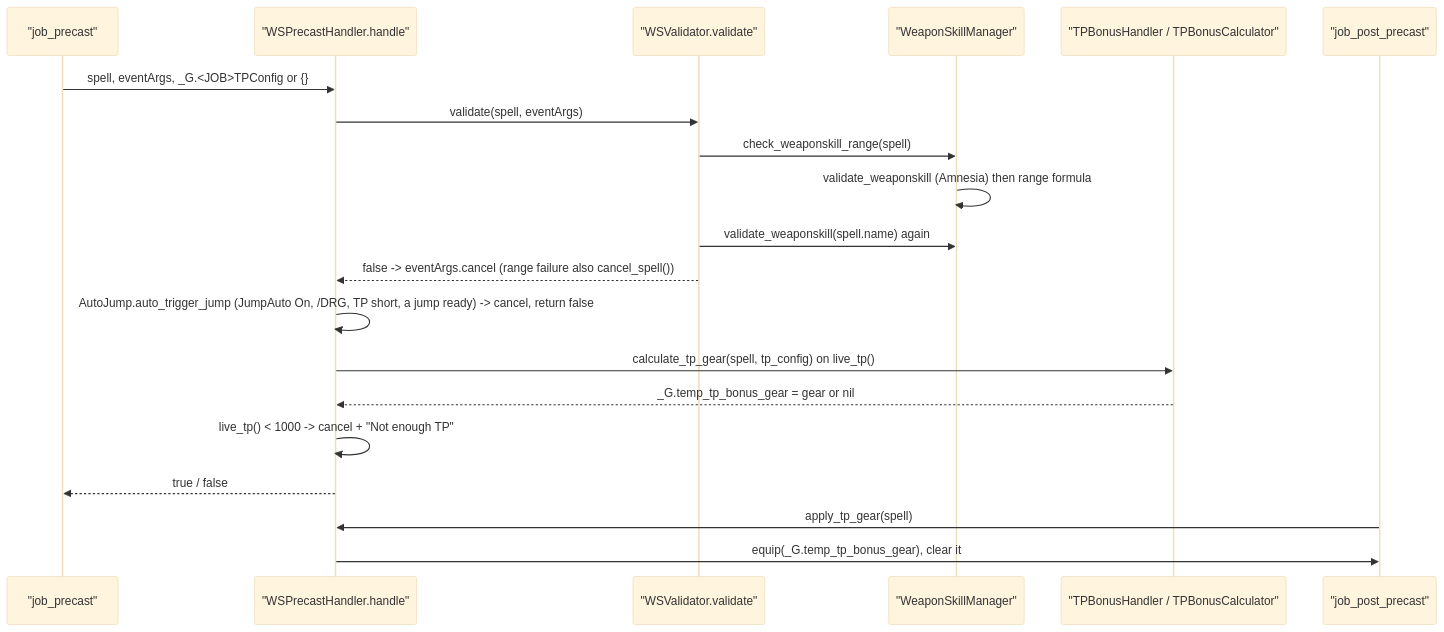
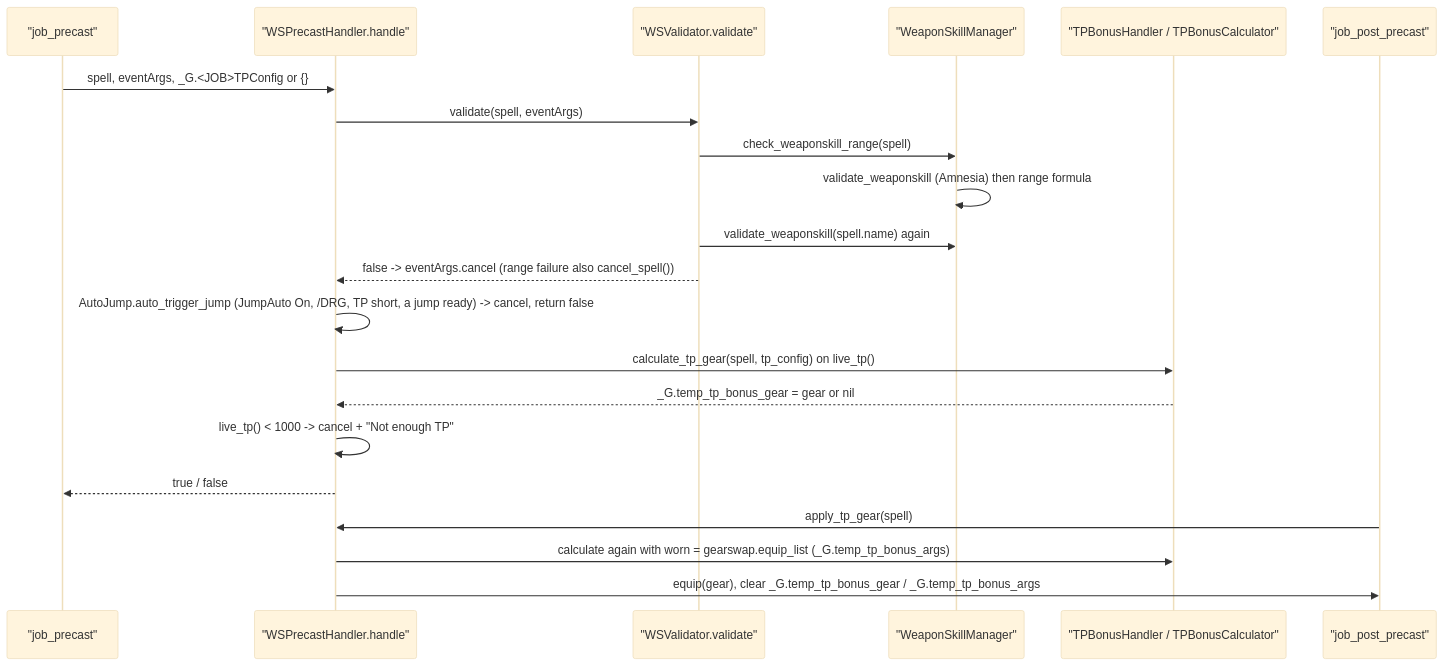
The third of 3 diagrams in docs/dev/systems/precast-pipeline.md (ejouanchicot/Gearswap), drawn with Mermaid (base theme) before and after one commit. The commit also changed other lines of this file and 9 other files, not shown here.

````diff
--- a/docs/dev/systems/precast-pipeline.md
+++ b/docs/dev/systems/precast-pipeline.md
@@ -431,22 +431,23 @@
 ```mermaid
 sequenceDiagram
     participant J as "job_precast"
     participant H as "WSPrecastHandler.handle"
     participant V as "WSValidator.validate"
     participant M as "WeaponSkillManager"
     participant T as "TPBonusHandler / TPBonusCalculator"
     participant P as "job_post_precast"
     J->>H: spell, eventArgs, _G.<JOB>TPConfig or {}
     H->>V: validate(spell, eventArgs)
     V->>M: check_weaponskill_range(spell)
     M->>M: validate_weaponskill (Amnesia) then range formula
     V->>M: validate_weaponskill(spell.name) again
     V-->>H: false -> eventArgs.cancel (range failure also cancel_spell())
     H->>H: AutoJump.auto_trigger_jump (JumpAuto On, /DRG, TP short, a jump ready) -> cancel, return false
     H->>T: calculate_tp_gear(spell, tp_config) on live_tp()
     T-->>H: _G.temp_tp_bonus_gear = gear or nil
     H->>H: live_tp() < 1000 -> cancel + "Not enough TP"
     H-->>J: true / false
     P->>H: apply_tp_gear(spell)
-    H->>P: equip(_G.temp_tp_bonus_gear), clear it
+    H->>T: calculate again with worn = gearswap.equip_list (_G.temp_tp_bonus_args)
+    H->>P: equip(gear), clear _G.temp_tp_bonus_gear / _G.temp_tp_bonus_args
 ```
````
